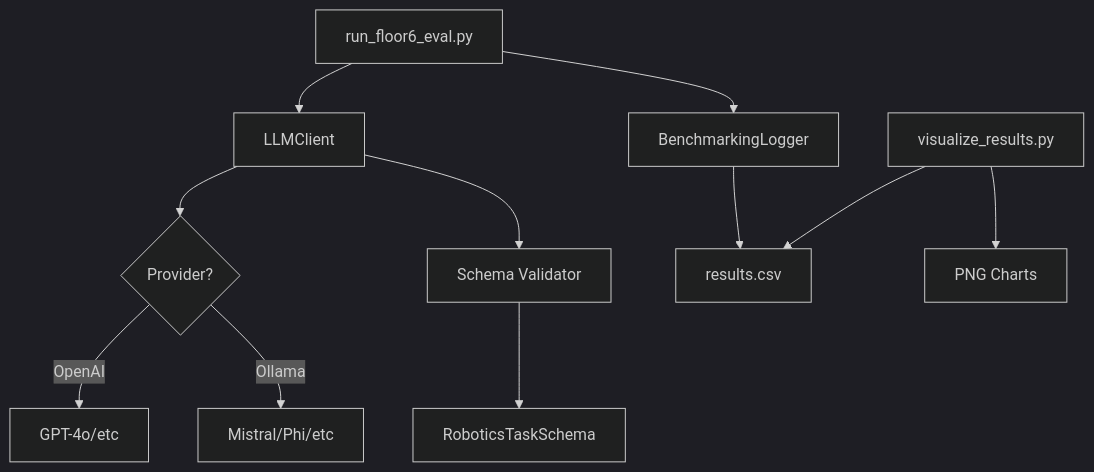
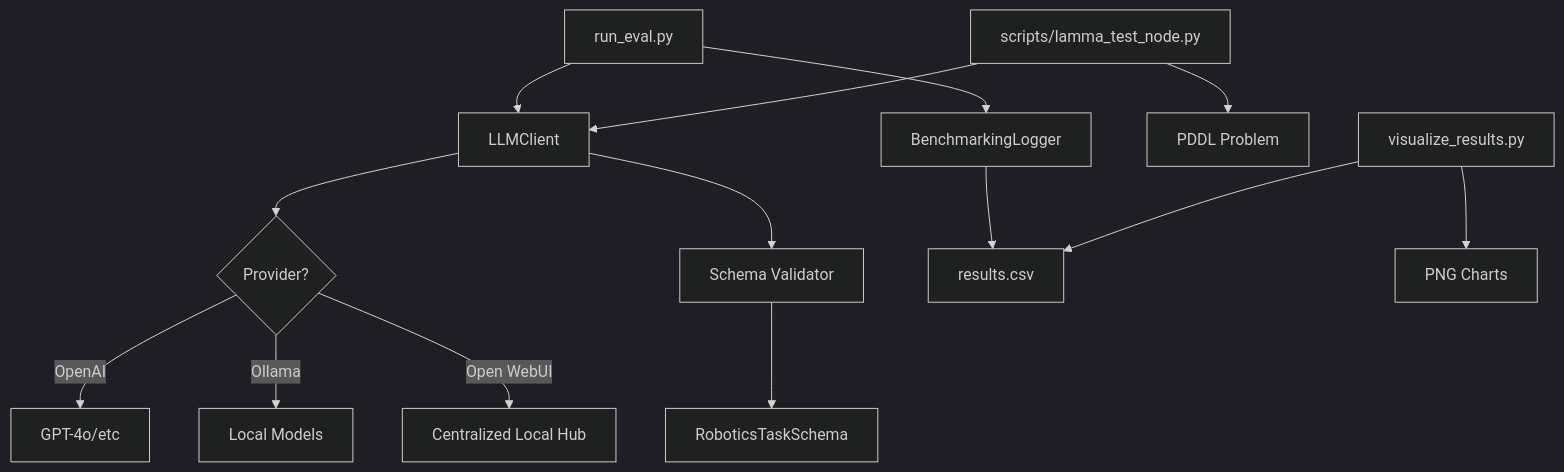
Before and after one commit to codewitted/lamma_project: the diagram in walkthrough.md, drawn with Mermaid (dark theme). The commit also changed other lines of this file and 3 other files, not shown here.

Commit message:
feat: add Open WebUI base URL and API key configuration

````diff
--- a/walkthrough.md
+++ b/walkthrough.md
@@ -9,13 +9,16 @@
 ```mermaid
 graph TD
-    A[run_floor6_eval.py] --> B[LLMClient]
+    A[run_eval.py] --> B[LLMClient]
     B --> C{Provider?}
     C -- OpenAI --> D[GPT-4o/etc]
-    C -- Ollama --> E[Mistral/Phi/etc]
+    C -- Ollama --> E[Local Models]
+    C -- Open WebUI --> L[Centralized Local Hub]
     B --> F[Schema Validator]
     F --> G[RoboticsTaskSchema]
     A --> H[BenchmarkingLogger]
     H --> I[results.csv]
+    M[scripts/lamma_test_node.py] --> B
+    M --> N[PDDL Problem]
     J[visualize_results.py] --> I
     J --> K[PNG Charts]
 ```
````
